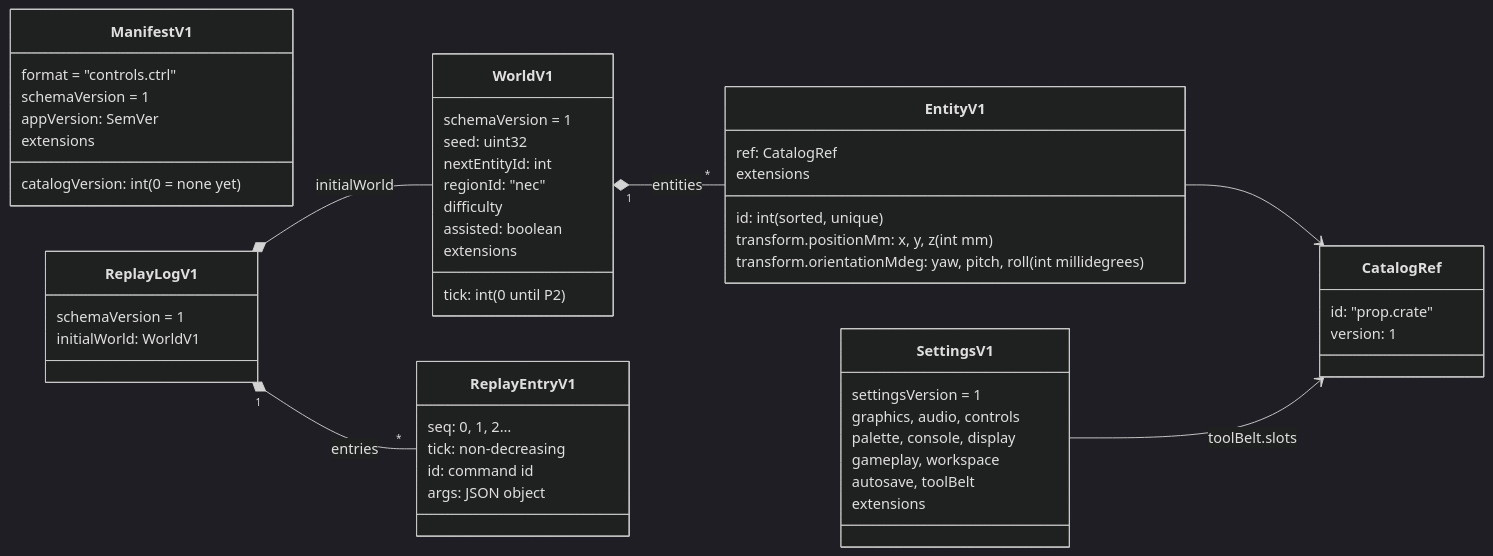
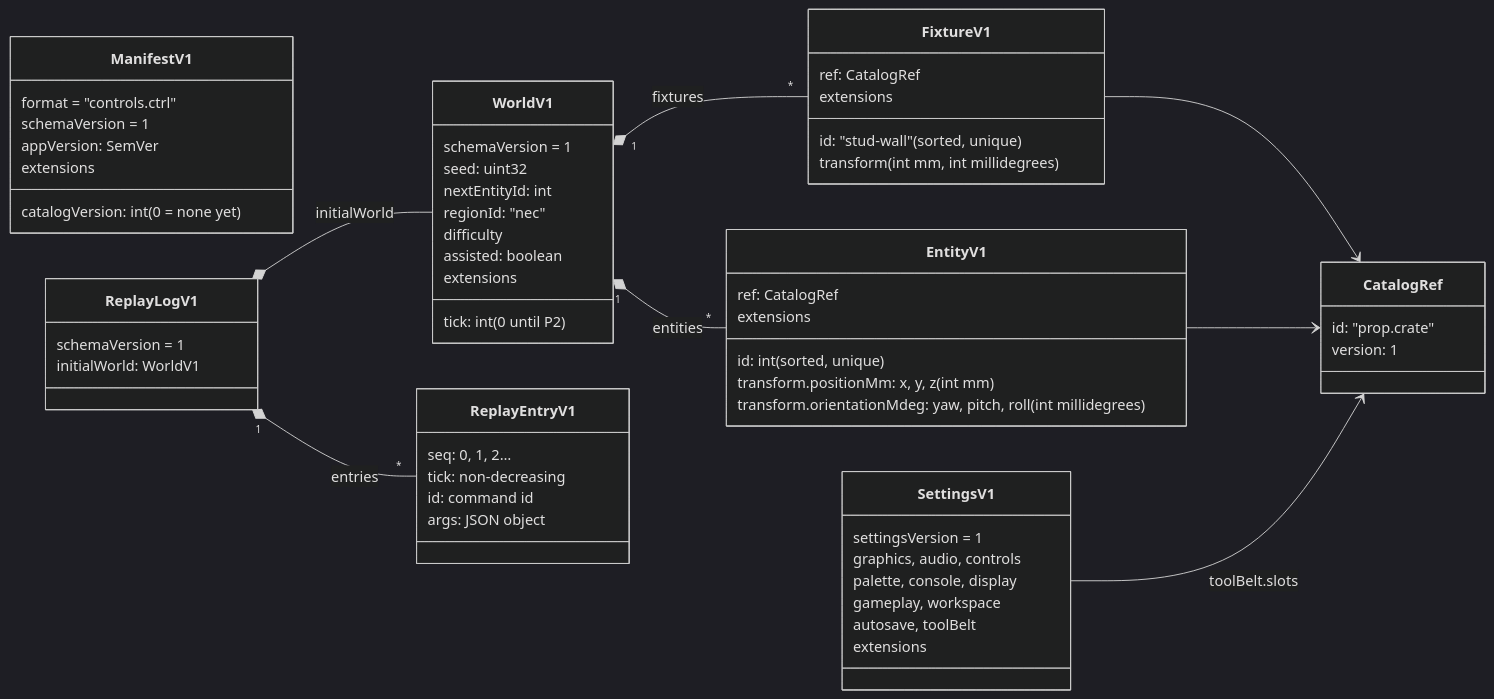
The first of 4 diagrams in docs/architecture/world-and-saves.md (joebarbere/controls), drawn with Mermaid (dark theme) before and after one commit. The commit also changed other lines of this file and 101 other files, not shown here.

````diff
--- a/docs/architecture/world-and-saves.md
+++ b/docs/architecture/world-and-saves.md
@@ -9,55 +9,63 @@
 ```mermaid
 classDiagram
     direction LR
     class ManifestV1 {
         format = "controls.ctrl"
         schemaVersion = 1
         appVersion: SemVer
         catalogVersion: int (0 = none yet)
         extensions
     }
     class WorldV1 {
         schemaVersion = 1
         seed: uint32
         tick: int (0 until P2)
         nextEntityId: int
         regionId: "nec"
         difficulty
         assisted: boolean
+        extensions
+    }
+    class FixtureV1 {
+        id: "stud-wall" (sorted, unique)
+        ref: CatalogRef
+        transform (int mm, int millidegrees)
         extensions
     }
     class EntityV1 {
         id: int (sorted, unique)
         ref: CatalogRef
         transform.positionMm: x, y, z (int mm)
         transform.orientationMdeg: yaw, pitch, roll (int millidegrees)
         extensions
     }
     class CatalogRef {
         id: "prop.crate"
         version: 1
     }
     class ReplayLogV1 {
         schemaVersion = 1
         initialWorld: WorldV1
     }
     class ReplayEntryV1 {
         seq: 0, 1, 2…
         tick: non-decreasing
         id: command id
         args: JSON object
     }
     class SettingsV1 {
         settingsVersion = 1
         graphics, audio, controls
         palette, console, display
         gameplay, workspace
         autosave, toolBelt
         extensions
     }
+    WorldV1 "1" *-- "*" FixtureV1 : fixtures
     WorldV1 "1" *-- "*" EntityV1 : entities
+    FixtureV1 --> CatalogRef
     EntityV1 --> CatalogRef
     ReplayLogV1 *-- WorldV1 : initialWorld
     ReplayLogV1 "1" *-- "*" ReplayEntryV1 : entries
     SettingsV1 --> CatalogRef : toolBelt.slots
 ```
````
